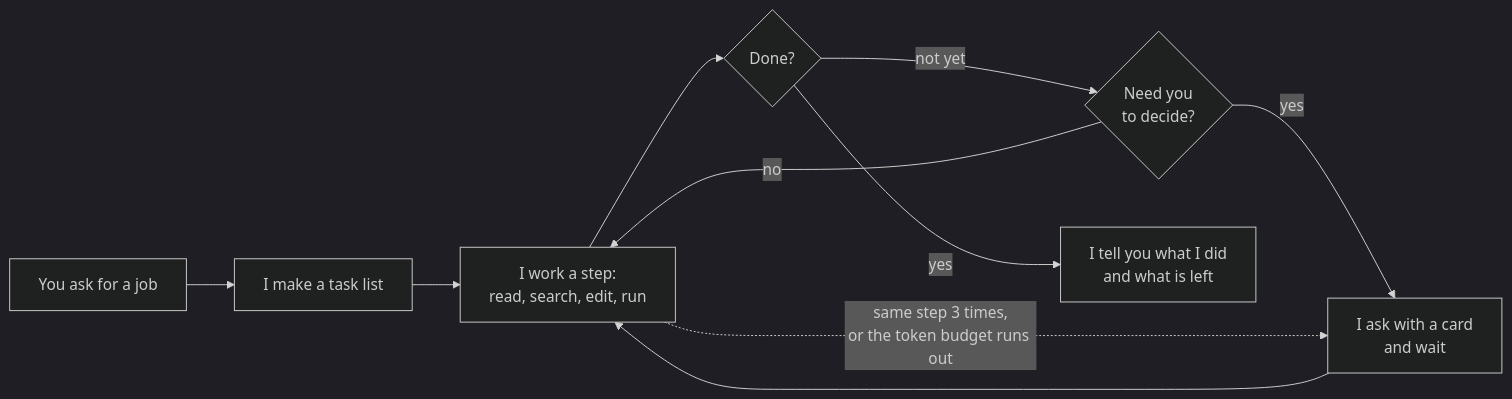
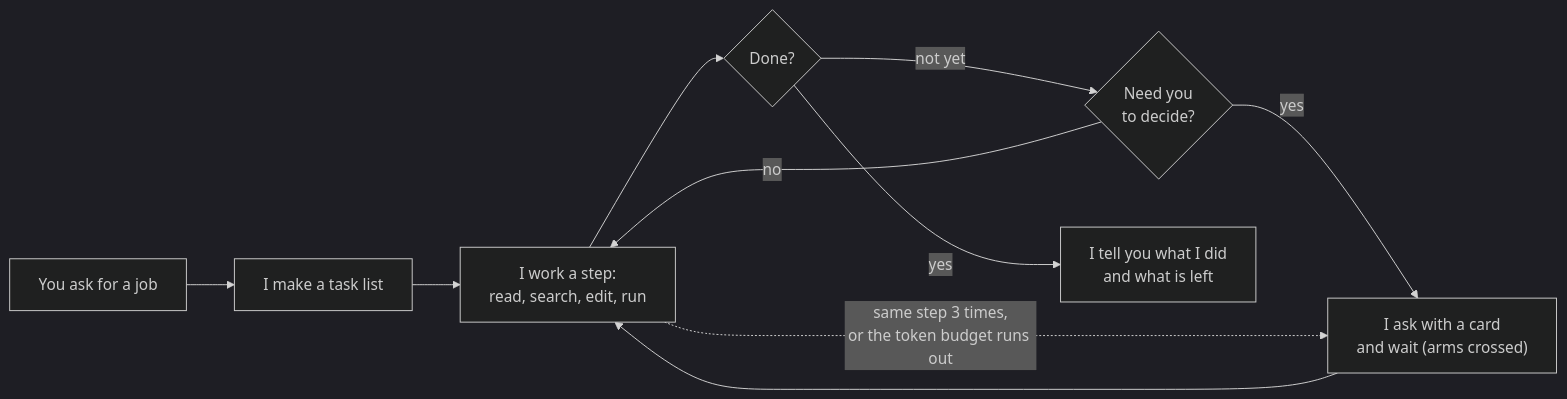
Before and after one commit to AnfalHaider/bunny-ai: the first of 3 diagrams in README.md, drawn with Mermaid (dark theme). The commit also changed other lines of this file, not shown here.

Commit message:
README: Bunny markets herself in a grumpy, bossy and adorable voice (facts, pictures and diagrams unchanged)

````diff
--- a/README.md
+++ b/README.md
@@ -45,12 +45,12 @@
 ```mermaid
 flowchart LR
     A["You ask for a job"] --> B["I make a task list"]
     B --> C["I work a step:<br/>read, search, edit, run"]
     C --> D{"Done?"}
     D -- "not yet" --> E{"Need you<br/>to decide?"}
     E -- "no" --> C
-    E -- "yes" --> F["I ask with a card<br/>and wait"]
+    E -- "yes" --> F["I ask with a card<br/>and wait (arms crossed)"]
     F --> C
     D -- "yes" --> G["I tell you what I did<br/>and what is left"]
     C -. "same step 3 times,<br/>or the token budget runs out" .-> F
 ```
````
